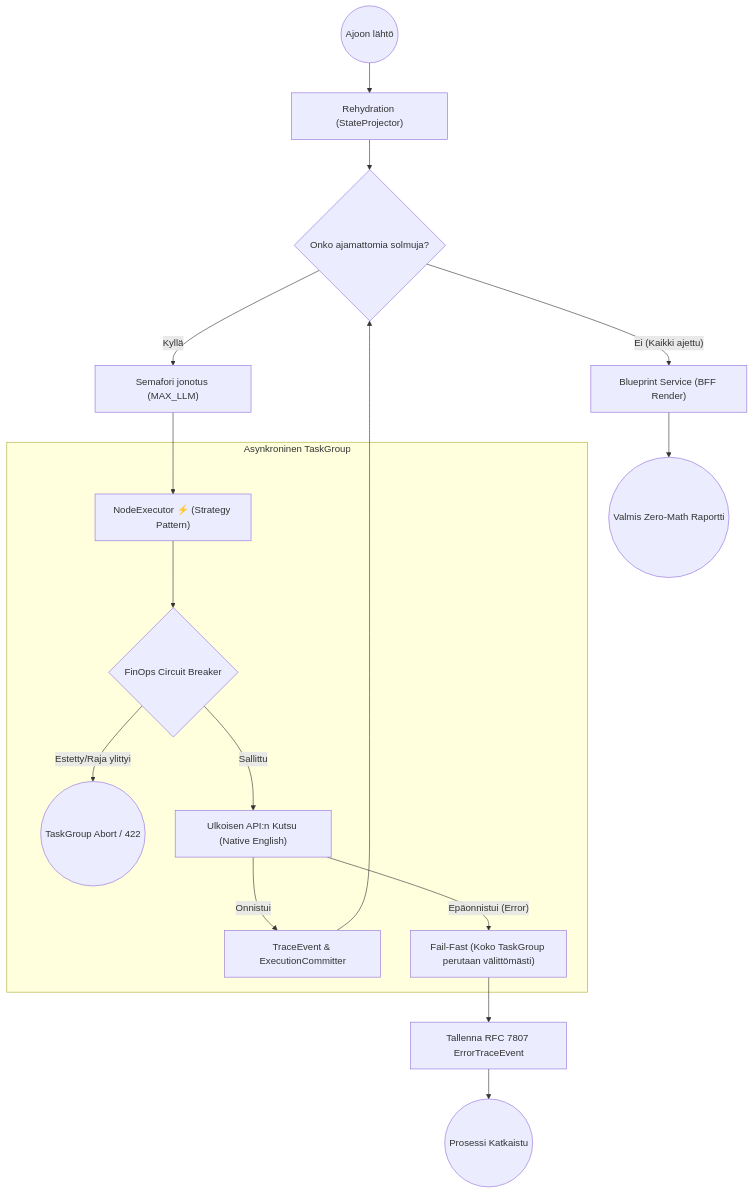
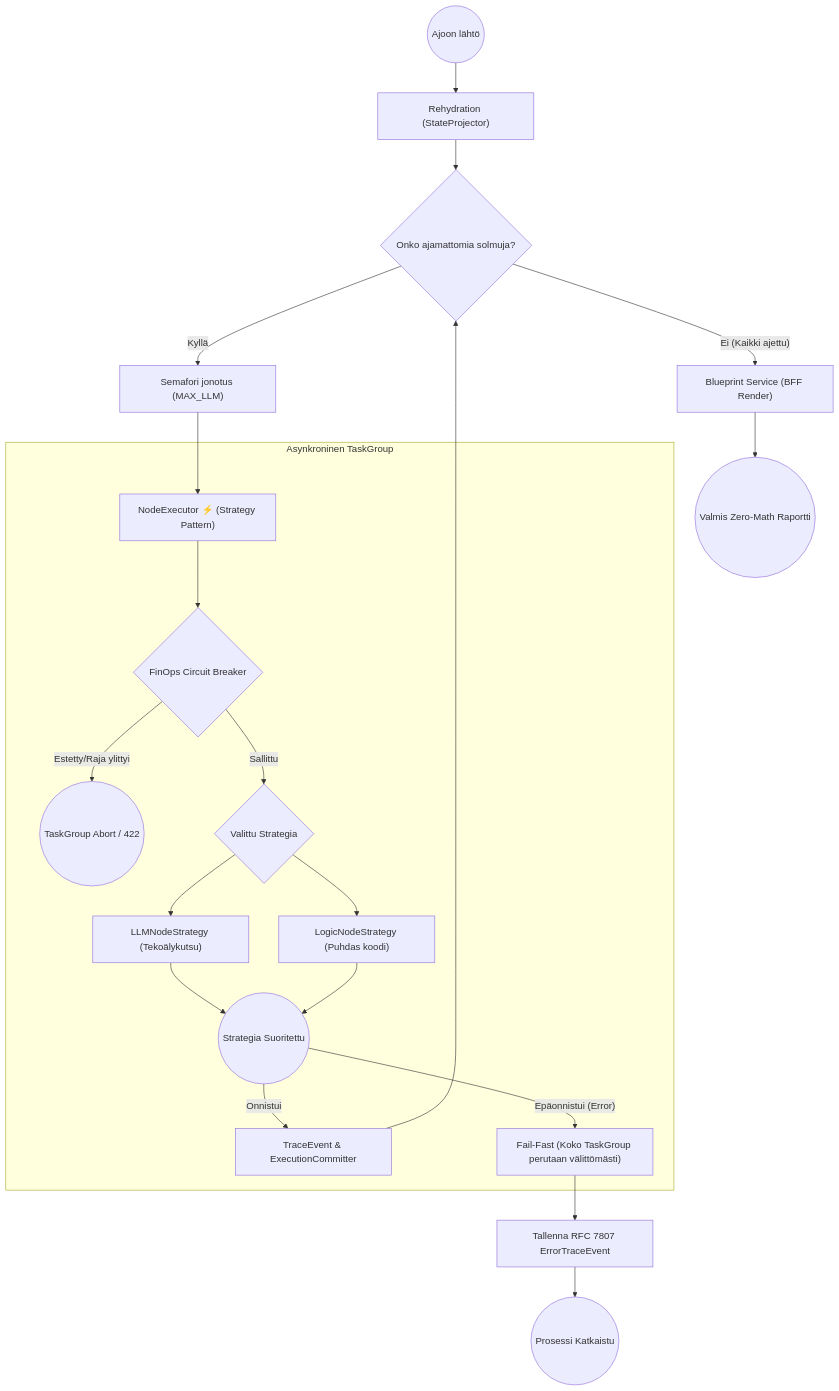
Before and after one commit to launis/quorum: the diagram in docs/architecture/03_business_services_and_dag.md, drawn with Mermaid. The commit also changed other lines of this file and 10 other files, not shown here.

Commit message:
docs: initialize architectural documentation suite and agent directory reference for project structure and standards.

````diff
--- a/docs/architecture/03_business_services_and_dag.md
+++ b/docs/architecture/03_business_services_and_dag.md
@@ -9,23 +18,27 @@
 ```mermaid
 flowchart TD
     Start((Ajoon lähtö)) --> Rehydration["Rehydration (StateProjector)"]
     Rehydration --> Check{"Onko ajamattomia solmuja?"}
     
     Check -- Kyllä --> Concurrency["Semafori jonotus (MAX_LLM)"]
     Concurrency --> NodeExec["NodeExecutor ⚡ (Strategy Pattern)"]
     
     subgraph TaskGroup["Asynkroninen TaskGroup"]
         NodeExec --> Breaker{"FinOps Circuit Breaker"}
         Breaker -- "Estetty/Raja ylittyi" --> AbortTask((TaskGroup Abort / 422))
-        Breaker -- "Sallittu" --> LLMCall["Ulkoisen API:n Kutsu (Native English)"]
-        LLMCall -- "Onnistui" --> CommitTrace["TraceEvent & ExecutionCommitter"]
-        LLMCall -- "Epäonnistui (Error)" --> FailBoundary["Fail-Fast (Koko TaskGroup perutaan välittömästi)"]
+        Breaker -- "Sallittu" --> StrategySelect{"Valittu Strategia"}
+        StrategySelect --> LLMStrategy["LLMNodeStrategy (Tekoälykutsu)"]
+        StrategySelect --> LogicStrategy["LogicNodeStrategy (Puhdas koodi)"]
+        LLMStrategy --> StrategyMerged((Strategia Suoritettu))
+        LogicStrategy --> StrategyMerged
+        StrategyMerged -- "Onnistui" --> CommitTrace["TraceEvent & ExecutionCommitter"]
+        StrategyMerged -- "Epäonnistui (Error)" --> FailBoundary["Fail-Fast (Koko TaskGroup perutaan välittömästi)"]
     end
     
     CommitTrace --> Check
     Check -- "Ei (Kaikki ajettu)" --> Blueprint["Blueprint Service (BFF Render)"]
     Blueprint --> End((Valmis Zero-Math Raportti))
     
     FailBoundary --> ErrorLog["Tallenna RFC 7807 ErrorTraceEvent"]
     ErrorLog --> Abort((Prosessi Katkaistu))
 ```
````
